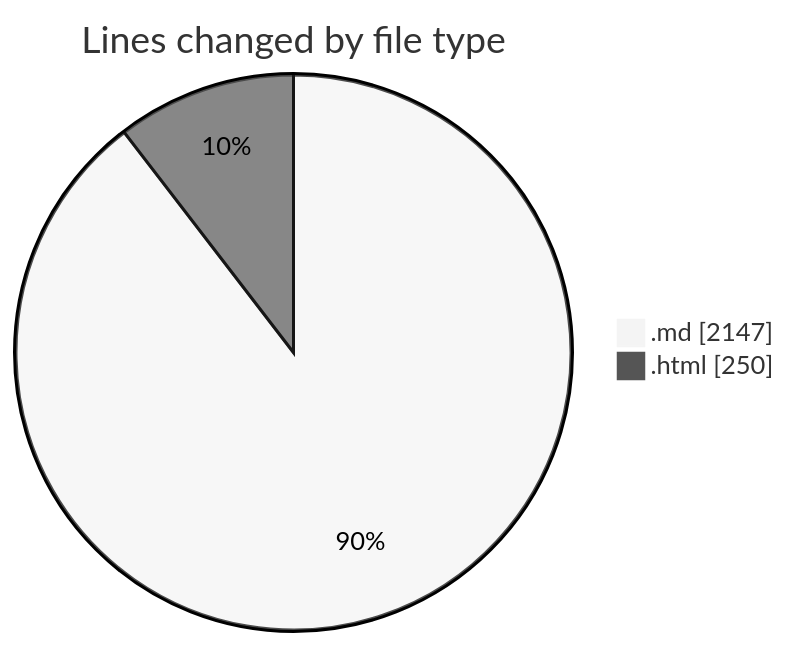
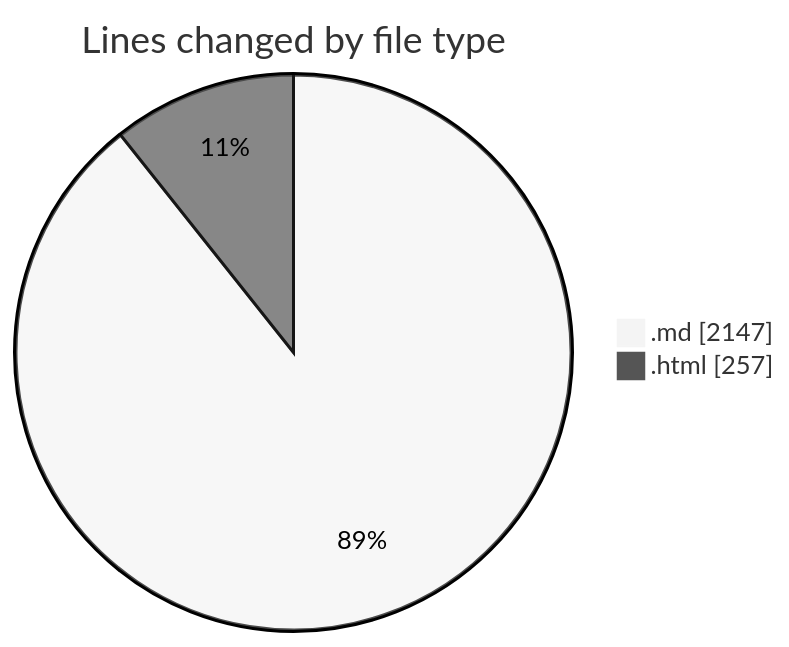
Before and after one commit to Ritupan-Deka/code-tracking: the first of 2 diagrams in 2025-07-07/urlwebwala_intership_work/README.md, drawn with Mermaid (neutral theme). The commit also changed other lines of this file and 1 other file, not shown here.

````diff
--- a/2025-07-07/urlwebwala_intership_work/README.md
+++ b/2025-07-07/urlwebwala_intership_work/README.md
@@ -25,6 +25,6 @@
 ```mermaid
 pie showData
 title Lines changed by file type
 ".md" : 2147
-".html" : 250
+".html" : 257
 ```
````
